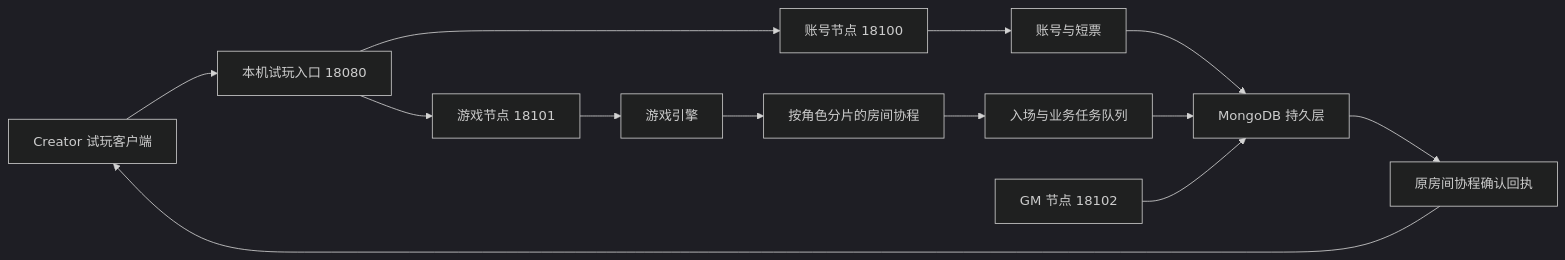
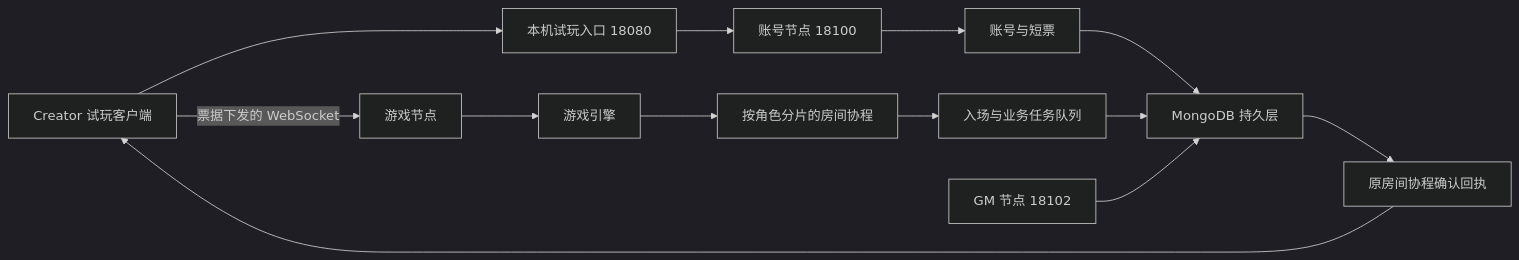
The diagram in docs/服务端解读文档.md (553150580/miniMir2_GPT), drawn with Mermaid (dark theme) before and after one commit. The commit also changed other lines of this file and 64 other files, not shown here.

````diff
--- a/docs/服务端解读文档.md
+++ b/docs/服务端解读文档.md
@@ -7,15 +7,15 @@
 ```mermaid
 flowchart LR
     Client["Creator 试玩客户端"] --> Proxy["本机试玩入口 18080"]
     Proxy --> Account["账号节点 18100"]
-    Proxy --> Game["游戏节点 18101"]
+    Client -->|"票据下发的 WebSocket"| Game["游戏节点"]
     Account --> Auth["账号与短票"]
     Game --> Engine["游戏引擎"]
     Engine --> Worker["按角色分片的房间协程"]
     Worker --> Jobs["入场与业务任务队列"]
     Auth --> Store["MongoDB 持久层"]
     Jobs --> Store
     Store --> Callback["原房间协程确认回执"]
     Callback --> Client
     GM["GM 节点 18102"] --> Store
 ```
````
